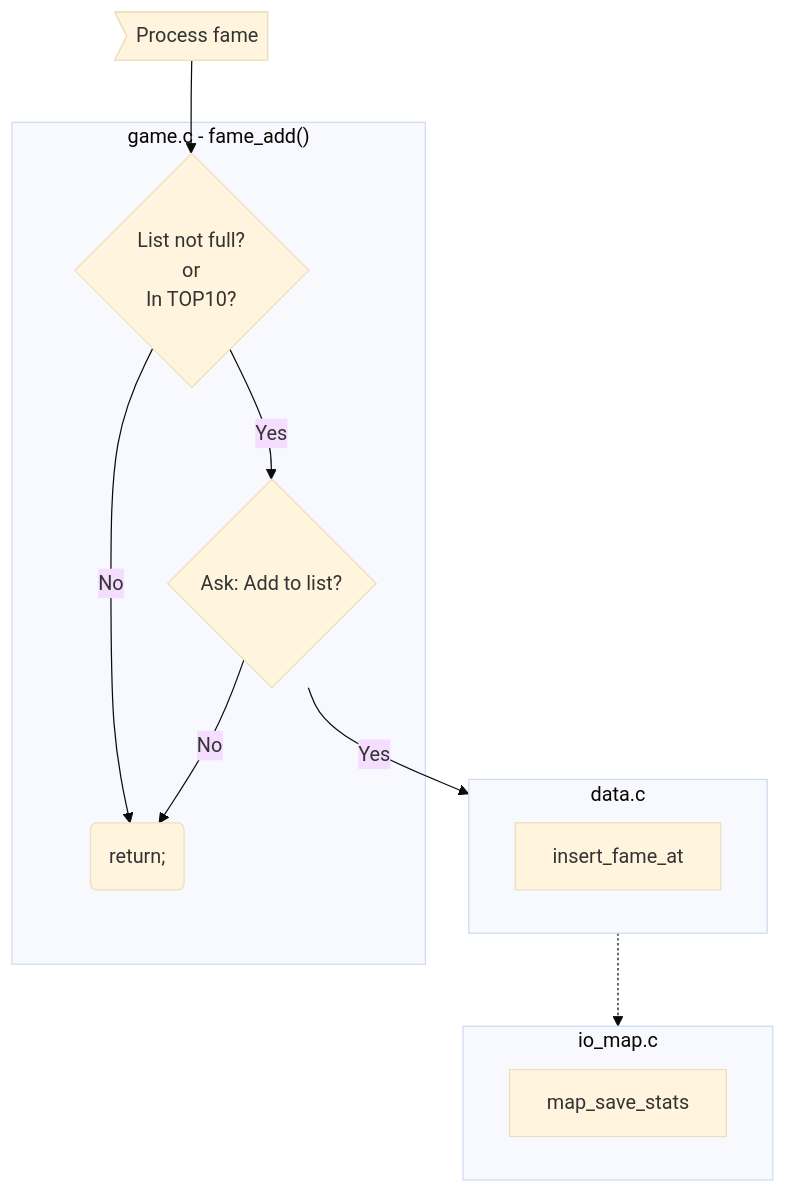
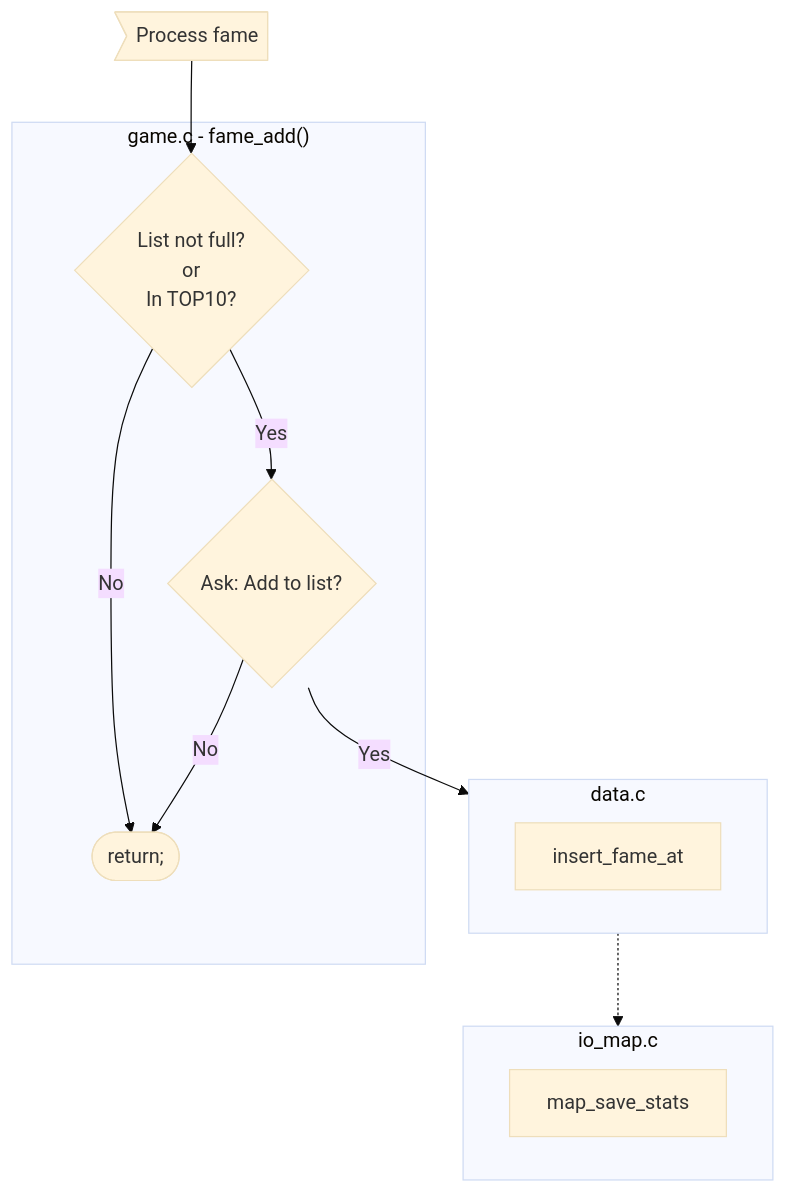
Before and after one commit to zsotroav/Schokoban: the sixth of 6 diagrams in DEV_DOC.md, drawn with Mermaid (base theme). The commit also changed other lines of this file, not shown here.

````diff
--- a/DEV_DOC.md
+++ b/DEV_DOC.md
@@ -229,21 +231,21 @@
 ```mermaid
 flowchart TD
    fame>Process fame] --> full
 
    subgraph data[data.c]
       insert_fame_at
    end
 
    subgraph io_map[io_map.c]
       map_save_stats
    end 
 
    subgraph game["game.c - fame_add()"]
       full{List not full?\nor\nIn TOP10?}
       --> |Yes| ask{Ask: Add to list?}
-      ask --> |No| re(return;)
+      ask --> |No| re(["return;"])
       full --> |No| re
    end
 
    ask --> |Yes| data -.-> io_map
 ```
````
